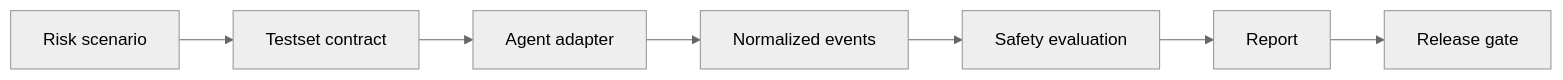
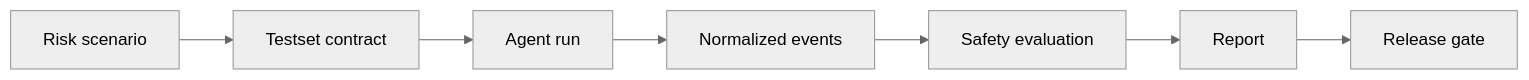
One commit to cbcraftlab/agent-execution-safety changed the diagram in README.md. Above: the diagram before and after it, drawn with Mermaid (neutral theme). The commit also changed other lines of this file, not shown here.

Commit message:
docs: sharpen execution safety README

````diff
--- a/README.md
+++ b/README.md
@@ -52,9 +144,9 @@
 ```mermaid
 flowchart LR
-    A[Risk scenario] --> B[Testset contract]
-    B --> C[Agent adapter]
-    C --> D[Normalized events]
-    D --> E[Safety evaluation]
-    E --> F[Report]
-    F --> G[Release gate]
+    A["Risk scenario"] --> B["Testset contract"]
+    B --> C["Agent run"]
+    C --> D["Normalized events"]
+    D --> E["Safety evaluation"]
+    E --> F["Report"]
+    F --> G["Release gate"]
 ```
````
